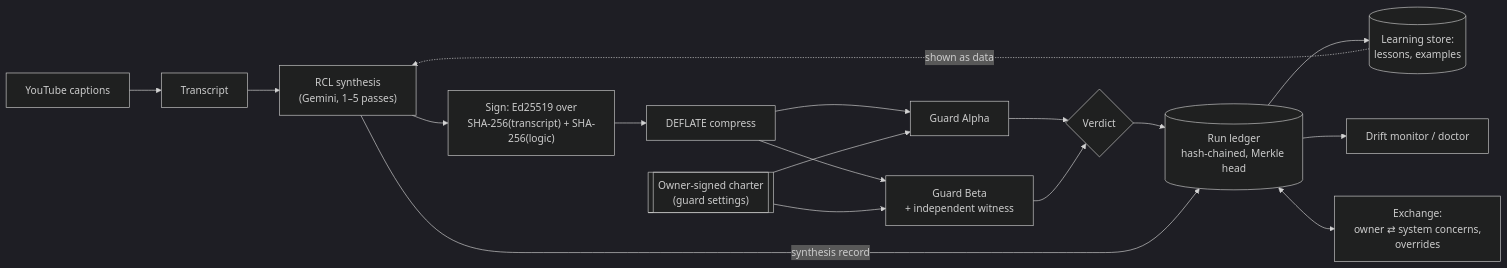
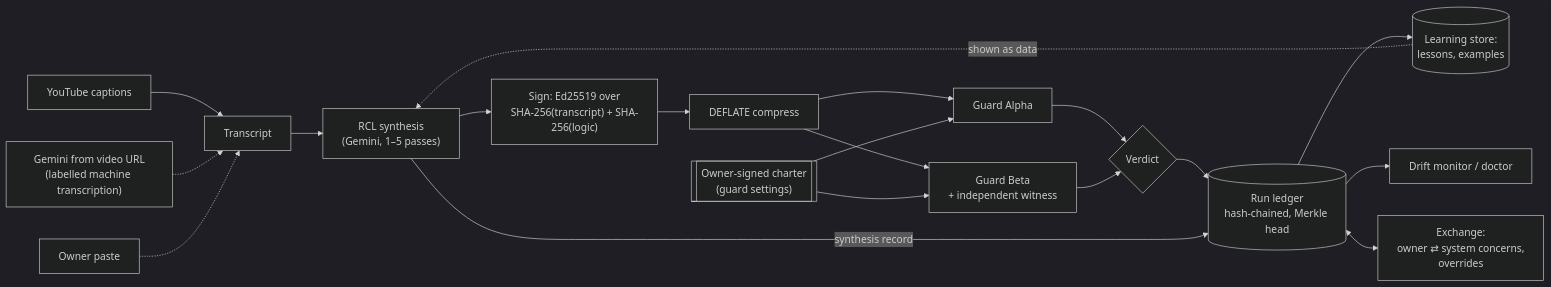
The diagram in README.md (bigDSanalyst/AetherShell---Agentic-Playlist), drawn with Mermaid (dark theme) before and after one commit. The commit also changed other lines of this file and 14 other files, not shown here.

First line of the commit message:
Transcribe any YouTube video: captions, then Gemini from the URL, then owner paste

````diff
--- a/README.md
+++ b/README.md
@@ -38,18 +39,20 @@
 ```mermaid
 flowchart LR
   YT[YouTube captions] --> T[Transcript]
+  GV["Gemini from video URL<br/>(labelled machine transcription)"] -.-> T
+  OP[Owner paste] -.-> T
   T --> RCL["RCL synthesis<br/>(Gemini, 1–5 passes)"]
   L[("Learning store:<br/>lessons, examples")] -. shown as data .-> RCL
   RCL --> SIG["Sign: Ed25519 over<br/>SHA-256(transcript) + SHA-256(logic)"]
   SIG --> Z[DEFLATE compress]
   Z --> GA[Guard Alpha]
   Z --> GB["Guard Beta<br/>+ independent witness"]
   C[["Owner-signed charter<br/>(guard settings)"]] --> GA & GB
   GA --> V{Verdict}
   GB --> V
   V --> LED[("Run ledger<br/>hash-chained, Merkle head")]
   RCL -- synthesis record --> LED
   LED --> L
   LED --> D[Drift monitor / doctor]
   LED <--> X["Exchange:<br/>owner ⇄ system concerns,<br/>overrides"]
 ```
````
